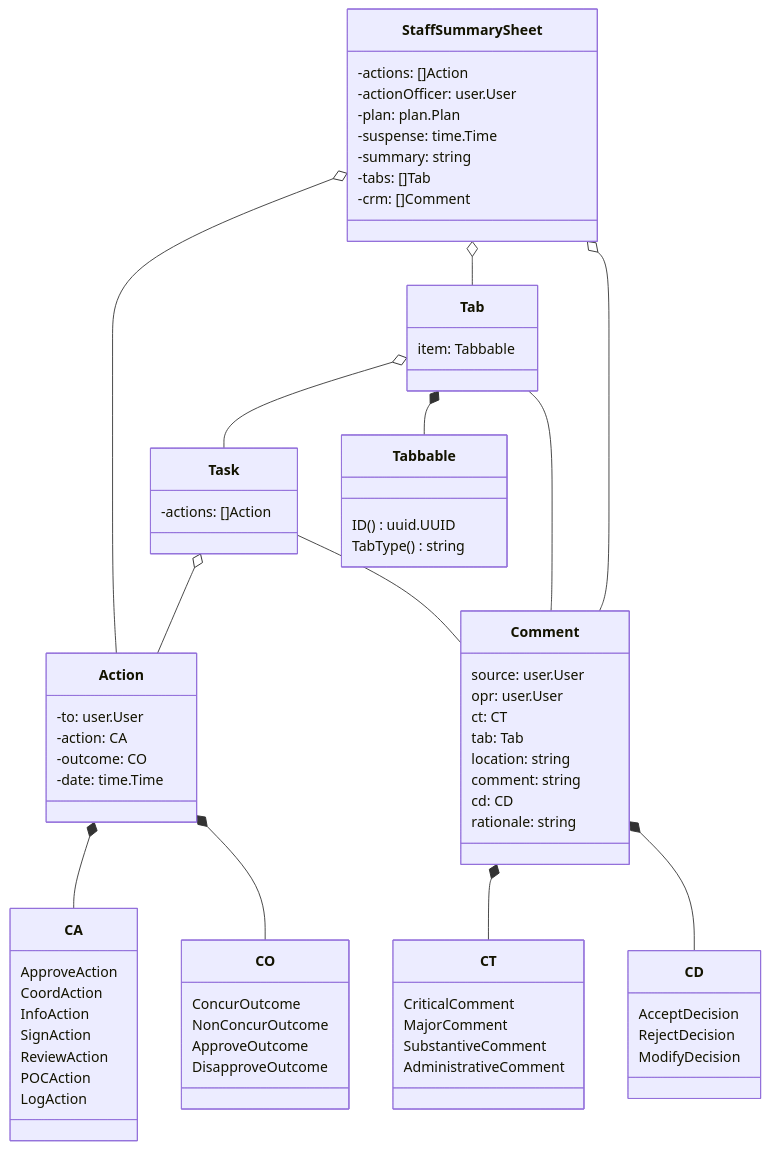
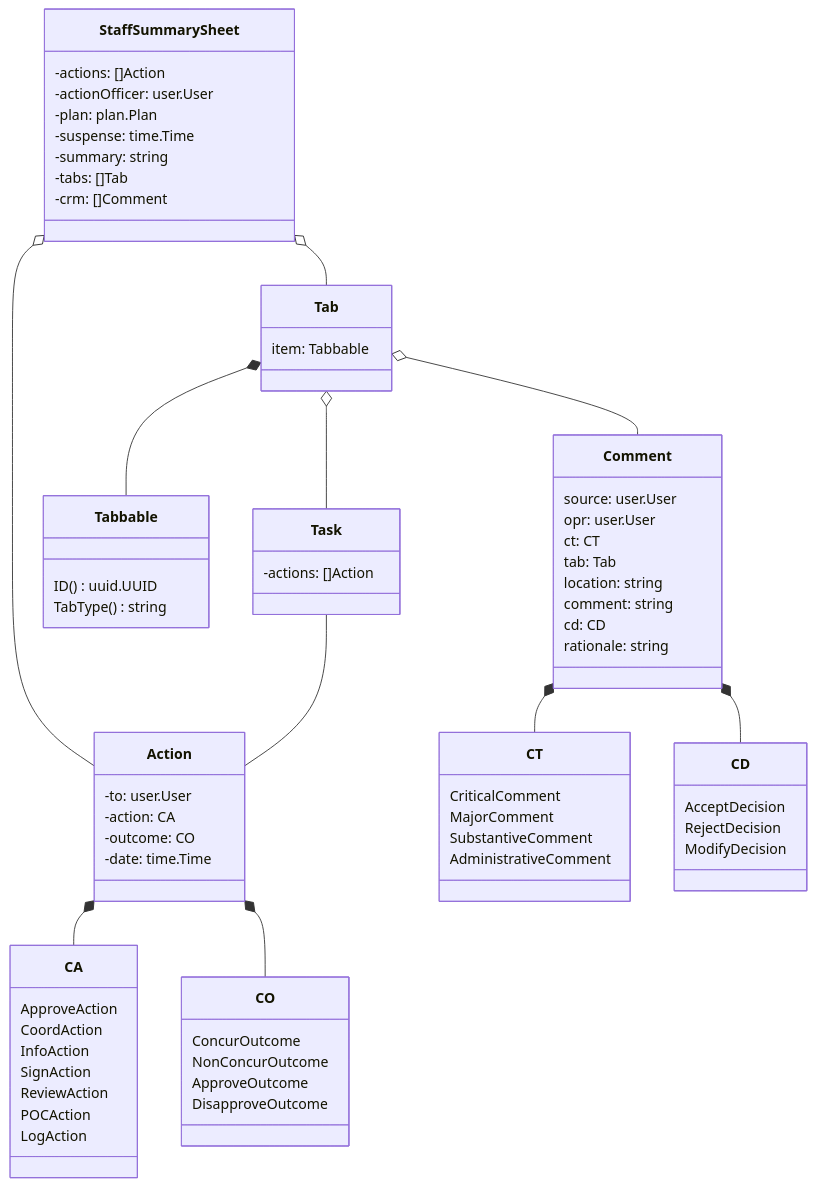
Before and after one commit to DerHabicht/capa5: the second of 4 diagrams in docs/domain/classes.md, drawn with Mermaid. The commit also changed other lines of this file and 4 other files, not shown here.

```diff
--- a/docs/domain/classes.md
+++ b/docs/domain/classes.md
@@ -49,14 +61,12 @@
 classDiagram
     StaffSummarySheet o-- Action
     StaffSummarySheet o-- Tab
-    StaffSummarySheet o-- Comment
     Action *-- CA
     Action *-- CO
     Tab o-- Task
     Tab *-- Tabbable
-    Tab -- Comment
-    Task o-- Action
-    Task -- Comment
+    Tab o-- Comment
+    Task -- Action
     Comment *-- CT
     Comment *-- CD
 
```
